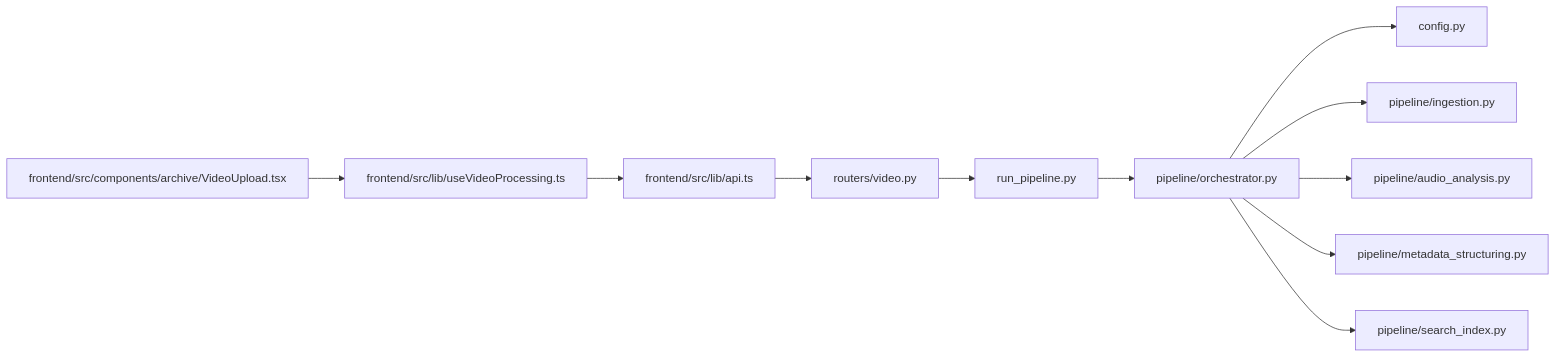
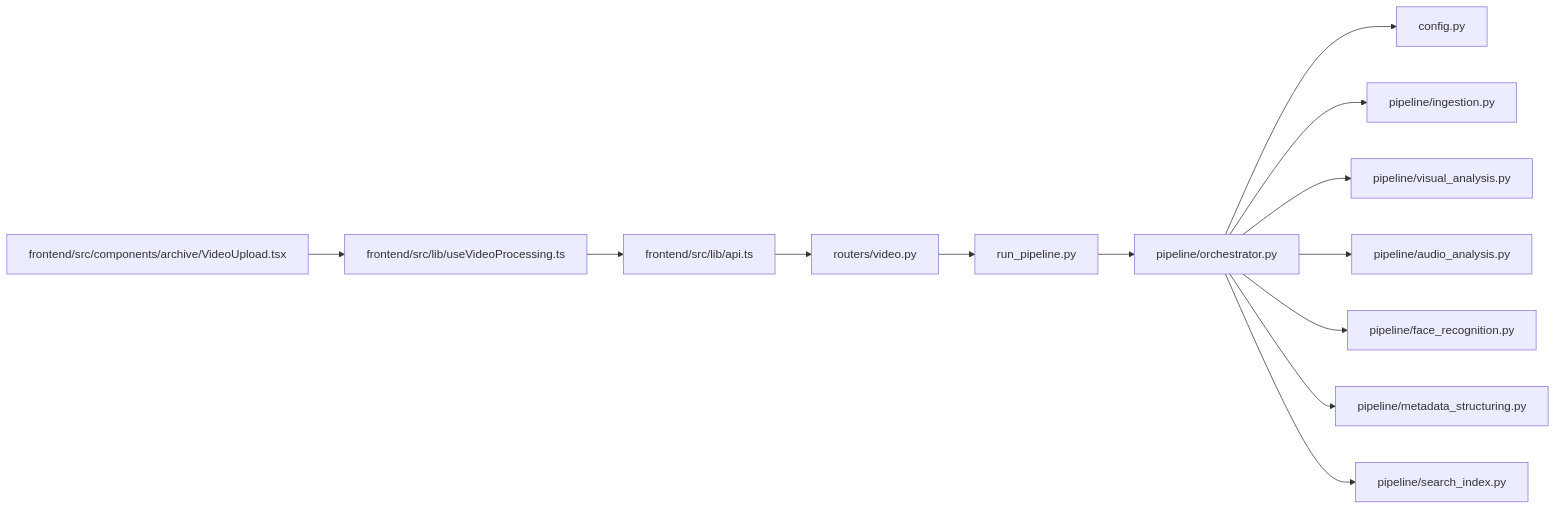
One commit to alexandreybasta-cyber/dubai-media-ai changed the third of 3 diagrams in .qoder/repowiki/en/content/Backend API Reference/Video Processing Endpoints.md. Above: the diagram before and after it, drawn with Mermaid. The commit also changed other lines of this file and 21 other files, not shown here.

````diff
--- a/.qoder/repowiki/en/content/Backend API Reference/Video Processing Endpoints.md
+++ b/.qoder/repowiki/en/content/Backend API Reference/Video Processing Endpoints.md
@@ -488,13 +503,15 @@
 ```mermaid
 graph LR
 Router["routers/video.py"] --> Runner["run_pipeline.py"]
 Runner --> Orchestrator["pipeline/orchestrator.py"]
 Orchestrator --> Config["config.py"]
 Orchestrator --> Ingestion["pipeline/ingestion.py"]
+Orchestrator --> Visual["pipeline/visual_analysis.py"]
 Orchestrator --> Audio["pipeline/audio_analysis.py"]
+Orchestrator --> Face["pipeline/face_recognition.py"]
 Orchestrator --> Metadata["pipeline/metadata_structuring.py"]
 Orchestrator --> SearchIndex["pipeline/search_index.py"]
 FrontendAPI["frontend/src/lib/api.ts"] --> Router
 FrontendHook["frontend/src/lib/useVideoProcessing.ts"] --> FrontendAPI
 FrontendUpload["frontend/src/components/archive/VideoUpload.tsx"] --> FrontendHook
 ```
````
